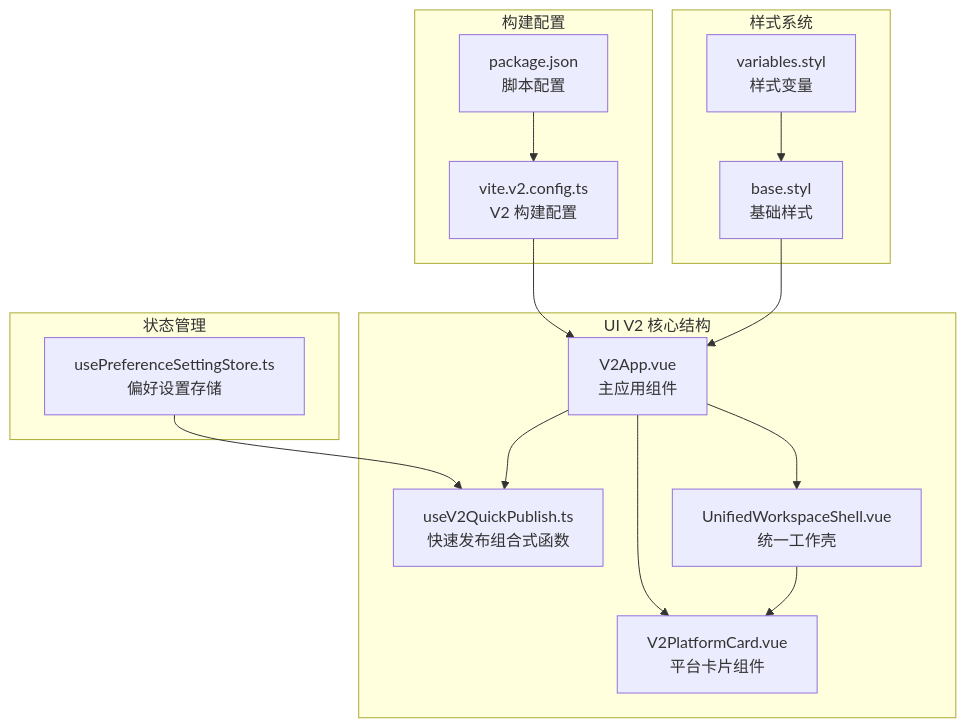
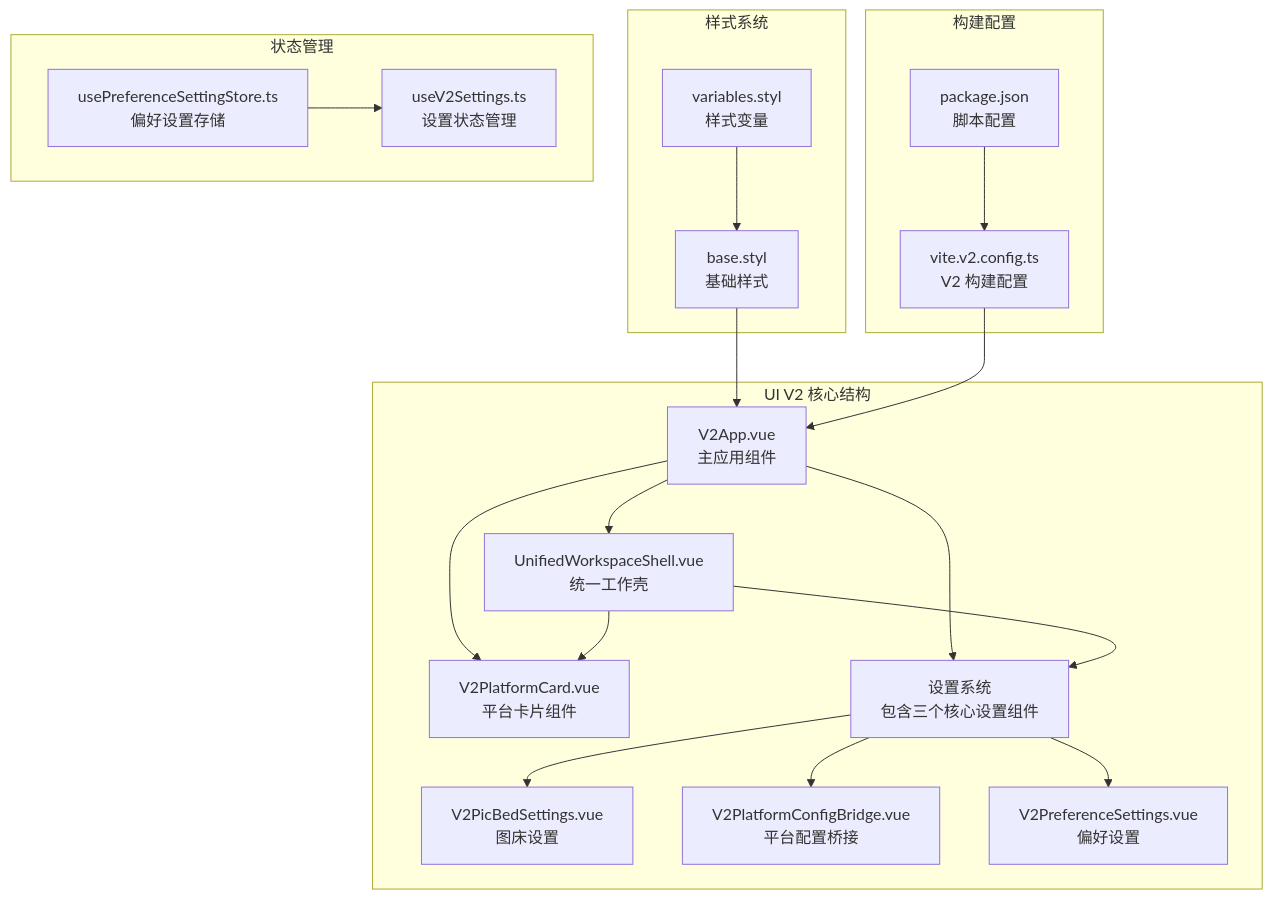
Before and after one commit to terwer/siyuan-plugin-publisher: the first of 9 diagrams in .qoder/repowiki/zh/content/用户界面组件/UI V2 迁移规范.md, drawn with Mermaid. The commit also changed other lines of this file and 27 other files, not shown here.

First line of the commit message:
feat(commonblog): add common blog setting component for platform config

````diff
--- a/.qoder/repowiki/zh/content/用户界面组件/UI V2 迁移规范.md
+++ b/.qoder/repowiki/zh/content/用户界面组件/UI V2 迁移规范.md
@@ -54,29 +62,37 @@
 ```mermaid
 graph TB
 subgraph "UI V2 核心结构"
 V2App[V2App.vue<br/>主应用组件]
 Shell[UnifiedWorkspaceShell.vue<br/>统一工作壳]
 Cards[V2PlatformCard.vue<br/>平台卡片组件]
-Composables[useV2QuickPublish.ts<br/>快速发布组合式函数]
+Settings[设置系统<br/>包含三个核心设置组件]
+PicBed[V2PicBedSettings.vue<br/>图床设置]
+PlatformBridge[V2PlatformConfigBridge.vue<br/>平台配置桥接]
+Preference[V2PreferenceSettings.vue<br/>偏好设置]
 end
 subgraph "样式系统"
 BaseStyl[base.styl<br/>基础样式]
 Variables[variables.styl<br/>样式变量]
 end
 subgraph "构建配置"
 ViteConfig[vite.v2.config.ts<br/>V2 构建配置]
 Package[package.json<br/>脚本配置]
 end
 subgraph "状态管理"
 PrefStore[usePreferenceSettingStore.ts<br/>偏好设置存储]
+SettingsStore[useV2Settings.ts<br/>设置状态管理]
 end
 V2App --> Shell
 V2App --> Cards
-V2App --> Composables
+V2App --> Settings
 Shell --> Cards
+Shell --> Settings
+Settings --> PicBed
+Settings --> PlatformBridge
+Settings --> Preference
 BaseStyl --> V2App
 Variables --> BaseStyl
 ViteConfig --> V2App
 Package --> ViteConfig
-PrefStore --> Composables
+PrefStore --> SettingsStore
 ```
````
